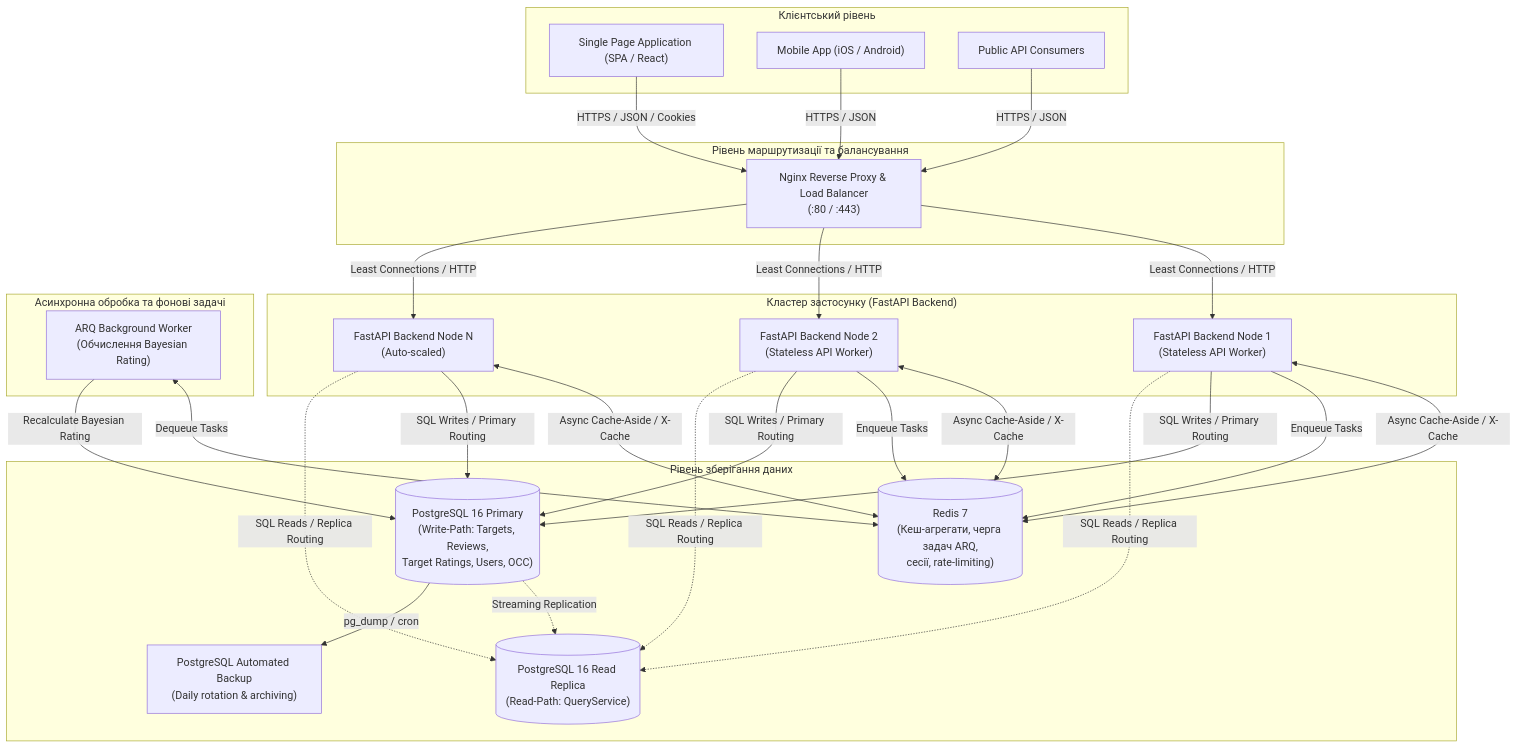
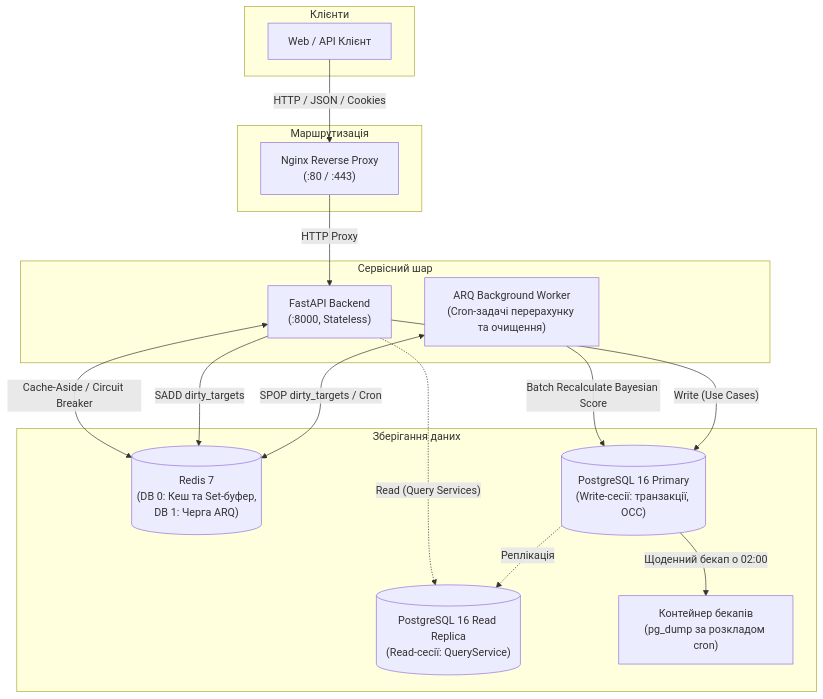
The second of 2 diagrams in README.md (endi-27/rating-platform), drawn with Mermaid before and after one commit. The commit also changed other lines of this file and 5 other files, not shown here.

Commit message:
feat(infra): configure nginx reverse proxy, restrict docker port bindings and update documentation

````diff
--- a/README.md
+++ b/README.md
@@ -28,58 +94,37 @@
 ```mermaid
 flowchart TD
-    subgraph Clients["Клієнтський рівень"]
-        WebSPA["Single Page Application (SPA / React)"]
-        MobileApp["Mobile App (iOS / Android)"]
-        PublicAPI["Public API Consumers"]
+    subgraph Clients["Клієнти"]
+        Client["Web / API Клієнт"]
     end
 
-    subgraph Edge["Рівень маршрутизації та балансування"]
-        NginxLB["Nginx Reverse Proxy & Load Balancer\n(:80 / :443)"]
+    subgraph Edge["Маршрутизація"]
+        Nginx["Nginx Reverse Proxy\n(:80 / :443)"]
     end
 
-    subgraph AppCluster["Кластер застосунку (FastAPI Backend)"]
-        BackendNode1["FastAPI Backend Node 1\n(Stateless API Worker)"]
-        BackendNode2["FastAPI Backend Node 2\n(Stateless API Worker)"]
-        BackendNodeN["FastAPI Backend Node N\n(Auto-scaled)"]
+    subgraph App["Сервісний шар"]
+        Backend["FastAPI Backend\n(:8000, Stateless)"]
+        Worker["ARQ Background Worker\n(Cron-задачі перерахунку та очищення)"]
     end
 
-    subgraph AsyncProcessing["Асинхронна обробка та фонові задачі"]
-        ArqWorker["ARQ Background Worker\n(Обчислення Bayesian Rating)"]
+    subgraph Storage["Зберігання даних"]
+        Redis[("Redis 7\n(DB 0: Кеш та Set-буфер,\nDB 1: Черга ARQ)")]
+        PostgresPrimary[("PostgreSQL 16 Primary\n(Write-сесії: транзакції, OCC)")]
+        PostgresReplica[("PostgreSQL 16 Read Replica\n(Read-сесії: QueryService)")]
+        Backup["Контейнер бекапів\n(pg_dump за розкладом cron)"]
     end
 
-    subgraph DataStorage["Рівень зберігання даних"]
-        RedisCluster[("Redis 7\n(Кеш-агрегати, черга задач ARQ,\nсесії, rate-limiting)")]
-        PostgresPrimary[("PostgreSQL 16 Primary\n(Write-Path: Targets, Reviews,\nTarget Ratings, Users, OCC)")]
-        PostgresReplica[("PostgreSQL 16 Read Replica\n(Read-Path: QueryService)")]
-        BackupService["PostgreSQL Automated Backup\n(Daily rotation & archiving)"]
-    end
+    Client -->|"HTTP / JSON / Cookies"| Nginx
+    Nginx -->|"HTTP Proxy"| Backend
 
-    WebSPA -->|HTTPS / JSON / Cookies| NginxLB
-    MobileApp -->|HTTPS / JSON| NginxLB
-    PublicAPI -->|HTTPS / JSON| NginxLB
+    Backend <-->|"Cache-Aside / Circuit Breaker"| Redis
+    Backend -->|"SADD dirty_targets"| Redis
 
-    NginxLB -->|Least Connections / HTTP| BackendNode1
-    NginxLB -->|Least Connections / HTTP| BackendNode2
-    NginxLB -->|Least Connections / HTTP| BackendNodeN
+    Worker <-->|"SPOP dirty_targets / Cron"| Redis
+    Worker -->|"Batch Recalculate Bayesian Score"| PostgresPrimary
 
-    BackendNode1 <-->|Async Cache-Aside / X-Cache| RedisCluster
-    BackendNode2 <-->|Async Cache-Aside / X-Cache| RedisCluster
-    BackendNodeN <-->|Async Cache-Aside / X-Cache| RedisCluster
+    Backend -->|"Write (Use Cases)"| PostgresPrimary
+    Backend -.->|"Read (Query Services)"| PostgresReplica
 
-    BackendNode1 -->|Enqueue Tasks| RedisCluster
-    BackendNode2 -->|Enqueue Tasks| RedisCluster
-
-    ArqWorker <-->|Dequeue Tasks| RedisCluster
-    ArqWorker -->|Recalculate Bayesian Rating| PostgresPrimary
-
-    BackendNode1 -->|SQL Writes / Primary Routing| PostgresPrimary
-    BackendNode2 -->|SQL Writes / Primary Routing| PostgresPrimary
-    BackendNodeN -->|SQL Writes / Primary Routing| PostgresPrimary
-
-    BackendNode1 -.->|SQL Reads / Replica Routing| PostgresReplica
-    BackendNode2 -.->|SQL Reads / Replica Routing| PostgresReplica
-    BackendNodeN -.->|SQL Reads / Replica Routing| PostgresReplica
-
-    PostgresPrimary -.->|Streaming Replication| PostgresReplica
-    PostgresPrimary -->|pg_dump / cron| BackupService
+    PostgresPrimary -.->|"Реплікація"| PostgresReplica
+    PostgresPrimary -->|"Щоденний бекап о 02:00"| Backup
 ```
````
